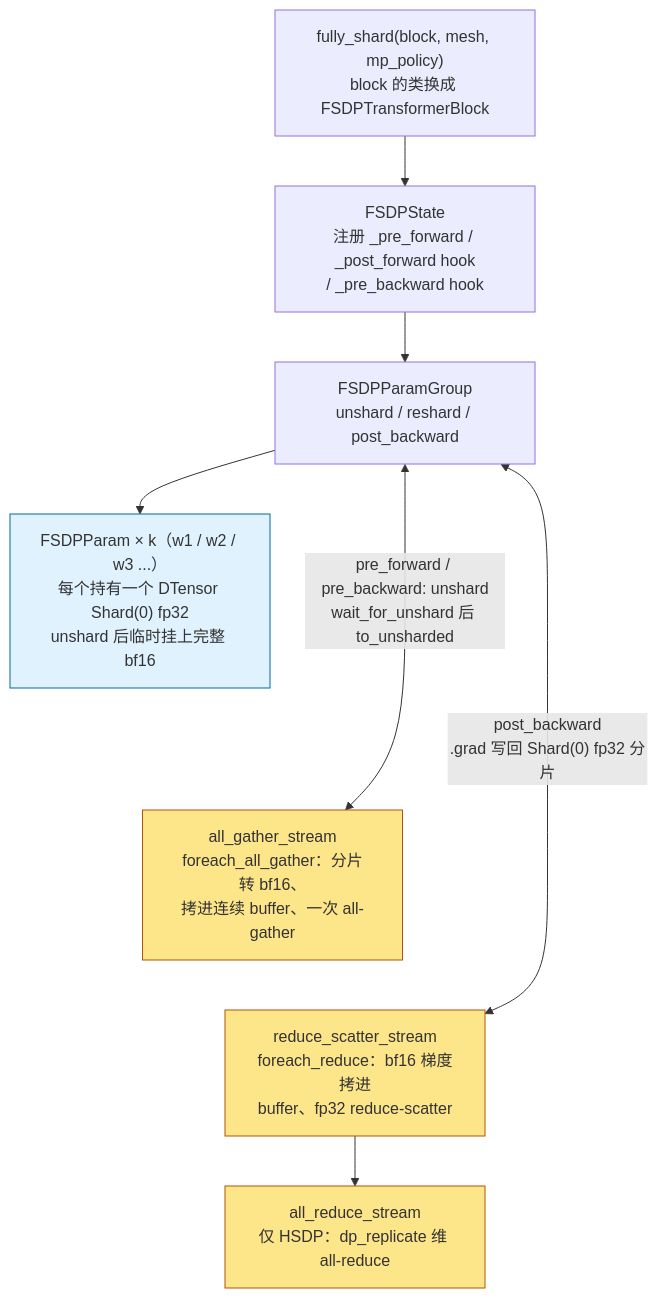
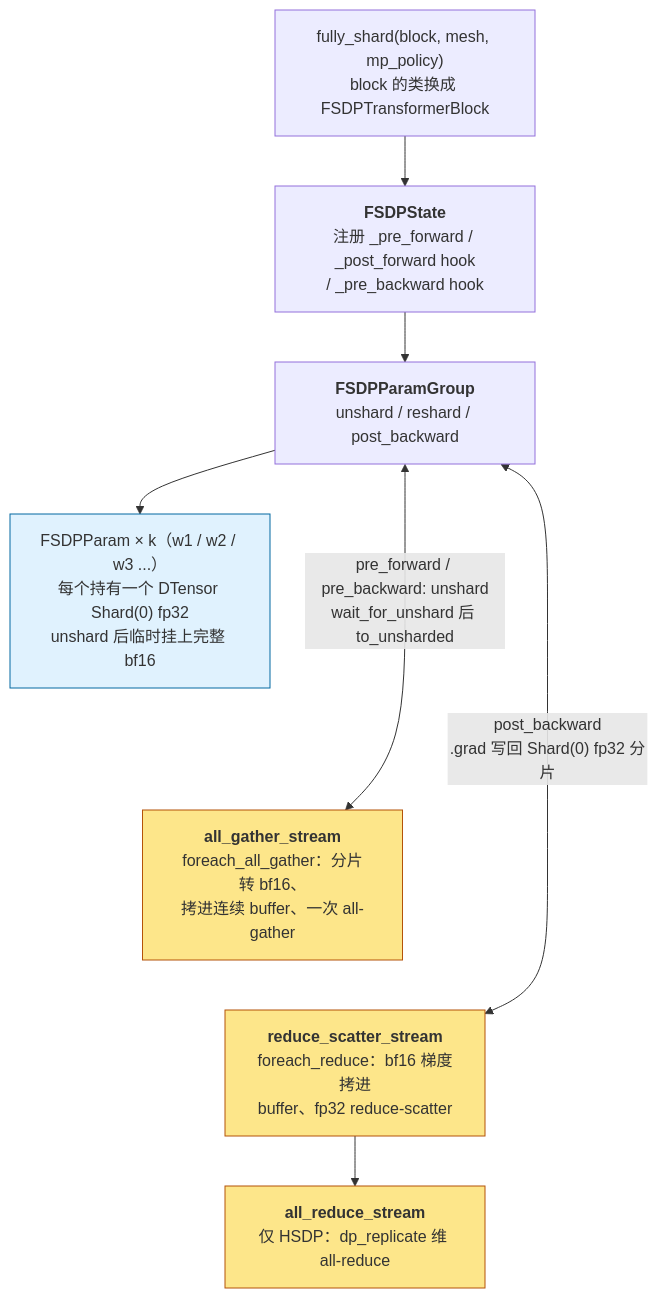
The diagram in _posts/2026-07-18-torchtitan-architecture-and-source-guide.md (arganzheng/arganzheng.github.com), drawn with Mermaid before and after one commit. The commit also changed 8 other files, not shown here.

First line of the commit message:
大规模训练工程：从并行策略到容错恢复：Mermaid 多行方框的首行标为标题（9 篇）

````diff
--- a/_posts/2026-07-18-torchtitan-architecture-and-source-guide.md
+++ b/_posts/2026-07-18-torchtitan-architecture-and-source-guide.md
@@ -297,21 +297,21 @@
 ```mermaid
 %% 图：FSDP2 的对象关系：fully_shard 装上 FSDPState，FSDPParamGroup 驱动 unshard / reshard，三条专用 stream 做集合通信
 flowchart TB
     FS["fully_shard(block, mesh, mp_policy)<br/>block 的类换成 FSDPTransformerBlock"]
-    ST["FSDPState<br/>注册 _pre_forward / _post_forward hook<br/>/ _pre_backward hook"]
-    PG["FSDPParamGroup<br/>unshard / reshard / post_backward"]
+    ST["<b>FSDPState</b><br/>注册 _pre_forward / _post_forward hook<br/>/ _pre_backward hook"]
+    PG["<b>FSDPParamGroup</b><br/>unshard / reshard / post_backward"]
     PR["FSDPParam × k（w1 / w2 / w3 ...）<br/>每个持有一个 DTensor Shard(0) fp32<br/>unshard 后临时挂上完整 bf16"]
-    AG["all_gather_stream<br/>foreach_all_gather：分片转 bf16、<br/>拷进连续 buffer、一次 all-gather"]
-    RS["reduce_scatter_stream<br/>foreach_reduce：bf16 梯度拷进<br/>buffer、fp32 reduce-scatter"]
-    AR["all_reduce_stream<br/>仅 HSDP：dp_replicate 维 all-reduce"]
+    AG["<b>all_gather_stream</b><br/>foreach_all_gather：分片转 bf16、<br/>拷进连续 buffer、一次 all-gather"]
+    RS["<b>reduce_scatter_stream</b><br/>foreach_reduce：bf16 梯度拷进<br/>buffer、fp32 reduce-scatter"]
+    AR["<b>all_reduce_stream</b><br/>仅 HSDP：dp_replicate 维 all-reduce"]
     FS --> ST --> PG --> PR
     PR ~~~ AG
     AG ~~~ RS
     PG <-- "pre_forward / pre_backward: unshard<br/>wait_for_unshard 后 to_unsharded" --> AG
     PG <-- "post_backward<br/>.grad 写回 Shard(0) fp32 分片" --> RS
     RS --> AR
     classDef stream fill:#fde68a,stroke:#b45309;
     classDef shard fill:#e0f2fe,stroke:#0369a1;
     class AG,RS,AR stream;
     class PR shard;
 ```
````
